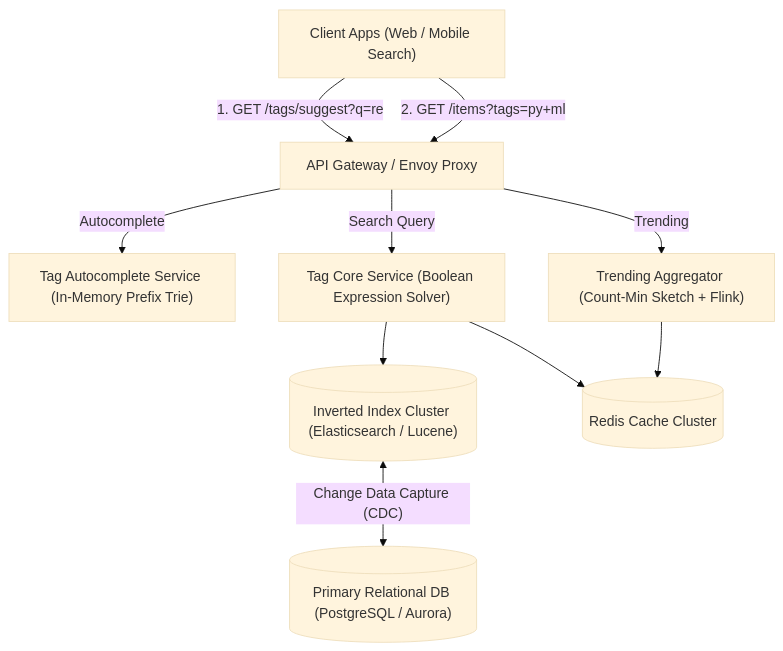
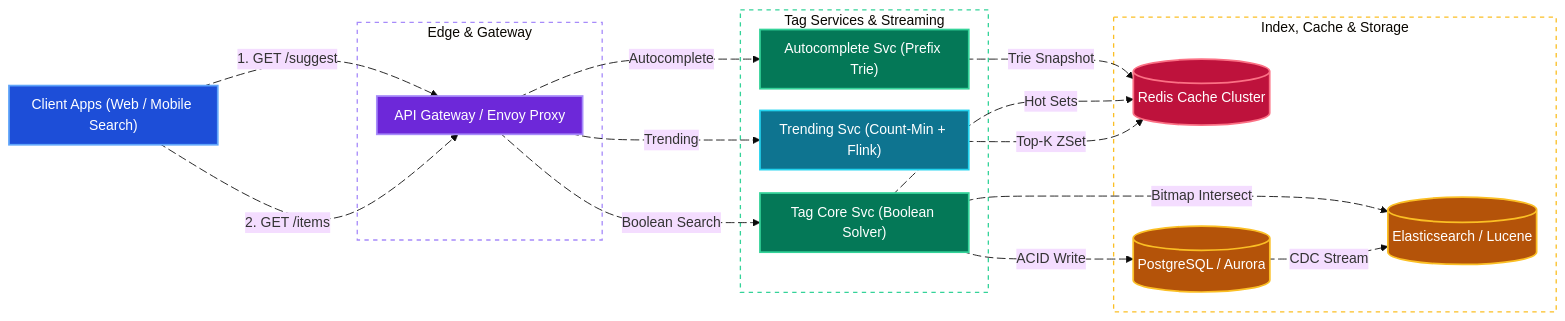
Before and after one commit to tarunbatta/tech-interview-prep: the first of 3 diagrams in system-design/tag-service.md, drawn with Mermaid (base theme). The commit also changed other lines of this file and 30 other files, not shown here.

First line of the commit message:
docs(system-design): convert Mermaid flowcharts to LR with colors and animated edges

````diff
--- a/system-design/tag-service.md
+++ b/system-design/tag-service.md
@@ -69,12 +69,59 @@
 ```mermaid
-flowchart TD
-    Clients["Client Apps (Web / Mobile Search)"] -->|"1. GET /tags/suggest?q=re"| Gateway["API Gateway / Envoy Proxy"]
-    Clients -->|"2. GET /items?tags=py+ml"| Gateway
-    Gateway -->|"Autocomplete"| AutoSvc["Tag Autocomplete Service (In-Memory Prefix Trie)"]
-    Gateway -->|"Search Query"| CoreSvc["Tag Core Service (Boolean Expression Solver)"]
-    Gateway -->|"Trending"| TrendSvc["Trending Aggregator (Count-Min Sketch + Flink)"]
-    CoreSvc --> InvertedIdx[("Inverted Index Cluster (Elasticsearch / Lucene)")]
-    CoreSvc --> Redis[("Redis Cache Cluster")]
-    TrendSvc --> Redis
-    InvertedIdx <-->|"Change Data Capture (CDC)"| RelDB[("Primary Relational DB (PostgreSQL / Aurora)")]
+%%{init: {'flowchart': {'nodeSpacing': 25, 'rankSpacing': 45, 'padding': 10}}}%%
+flowchart LR
+    Clients["Client Apps (Web / Mobile Search)"]
+    subgraph EdgeTier["Edge & Gateway"]
+        Gateway["API Gateway / Envoy Proxy"]
+    end
+    subgraph AppTier["Tag Services & Streaming"]
+        AutoSvc["Autocomplete Svc (Prefix Trie)"]
+        CoreSvc["Tag Core Svc (Boolean Solver)"]
+        TrendSvc["Trending Svc (Count-Min + Flink)"]
+    end
+    subgraph DataTier["Index, Cache & Storage"]
+        Redis[("Redis Cache Cluster")]
+        InvertedIdx[("Elasticsearch / Lucene")]
+        RelDB[("PostgreSQL / Aurora")]
+    end
+    Clients e1@-->|"1. GET /suggest"| Gateway
+    Clients e2@-->|"2. GET /items"| Gateway
+    Gateway e3@-->|"Autocomplete"| AutoSvc
+    Gateway e4@-->|"Boolean Search"| CoreSvc
+    Gateway e5@-->|"Trending"| TrendSvc
+    AutoSvc e6@-->|"Trie Snapshot"| Redis
+    CoreSvc e7@-->|"Bitmap Intersect"| InvertedIdx
+    CoreSvc e8@-->|"Hot Sets"| Redis
+    CoreSvc e9@-->|"ACID Write"| RelDB
+    TrendSvc e10@-->|"Top-K ZSet"| Redis
+    RelDB e11@-.->|"CDC Stream"| InvertedIdx
+
+    e1@{ animate: true }
+    e2@{ animate: true }
+    e3@{ animate: true }
+    e4@{ animate: true }
+    e5@{ animate: true }
+    e6@{ animate: true }
+    e7@{ animate: true }
+    e8@{ animate: true }
+    e9@{ animate: true }
+    e10@{ animate: true }
+    e11@{ animate: true }
+
+    classDef client fill:#1d4ed8,stroke:#60a5fa,stroke-width:2px,color:#ffffff
+    classDef edge fill:#6d28d9,stroke:#a78bfa,stroke-width:2px,color:#ffffff
+    classDef service fill:#047857,stroke:#34d399,stroke-width:2px,color:#ffffff
+    classDef worker fill:#0e7490,stroke:#22d3ee,stroke-width:2px,color:#ffffff
+    classDef cache fill:#be123c,stroke:#fb7185,stroke-width:2px,color:#ffffff
+    classDef storage fill:#b45309,stroke:#fbbf24,stroke-width:2px,color:#ffffff
+
+    class Clients client
+    class Gateway edge
+    class AutoSvc,CoreSvc service
+    class TrendSvc worker
+    class Redis cache
+    class InvertedIdx,RelDB storage
+
+    style EdgeTier fill:transparent,stroke:#a78bfa,stroke-width:1.5px,stroke-dasharray: 5 5
+    style AppTier fill:transparent,stroke:#34d399,stroke-width:1.5px,stroke-dasharray: 5 5
+    style DataTier fill:transparent,stroke:#fbbf24,stroke-width:1.5px,stroke-dasharray: 5 5
 ```
````
